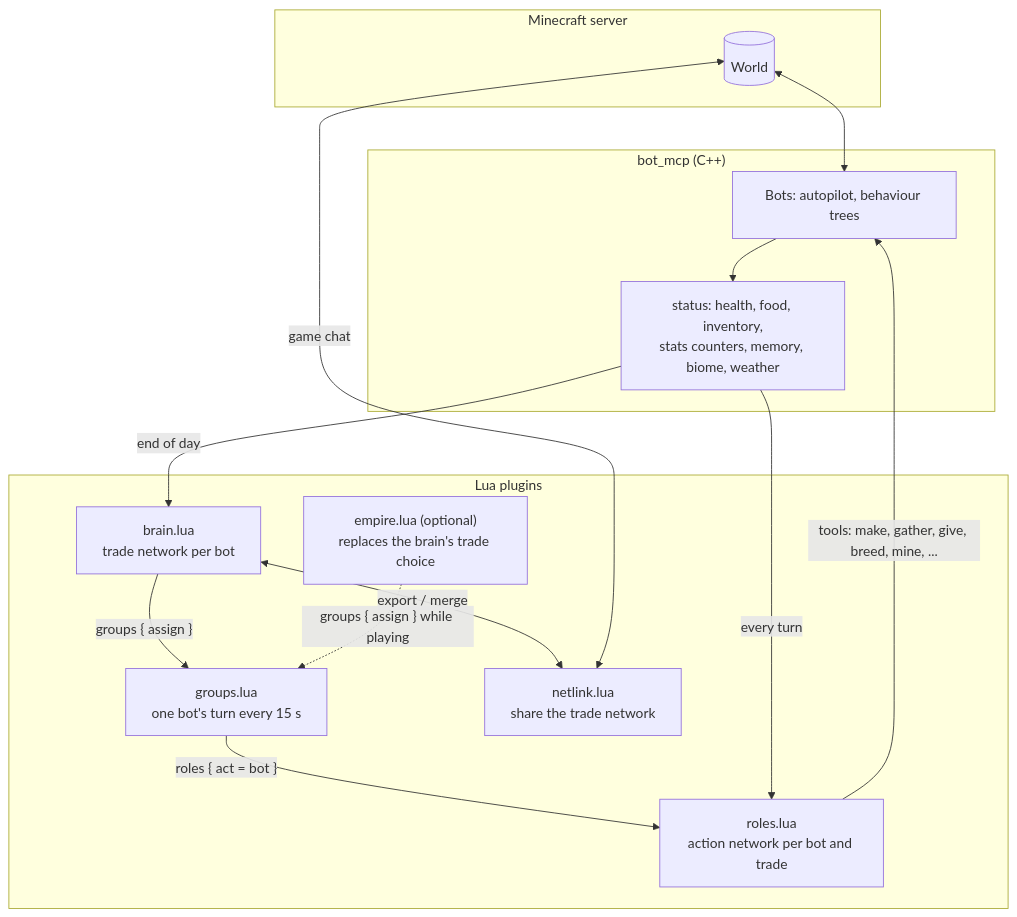
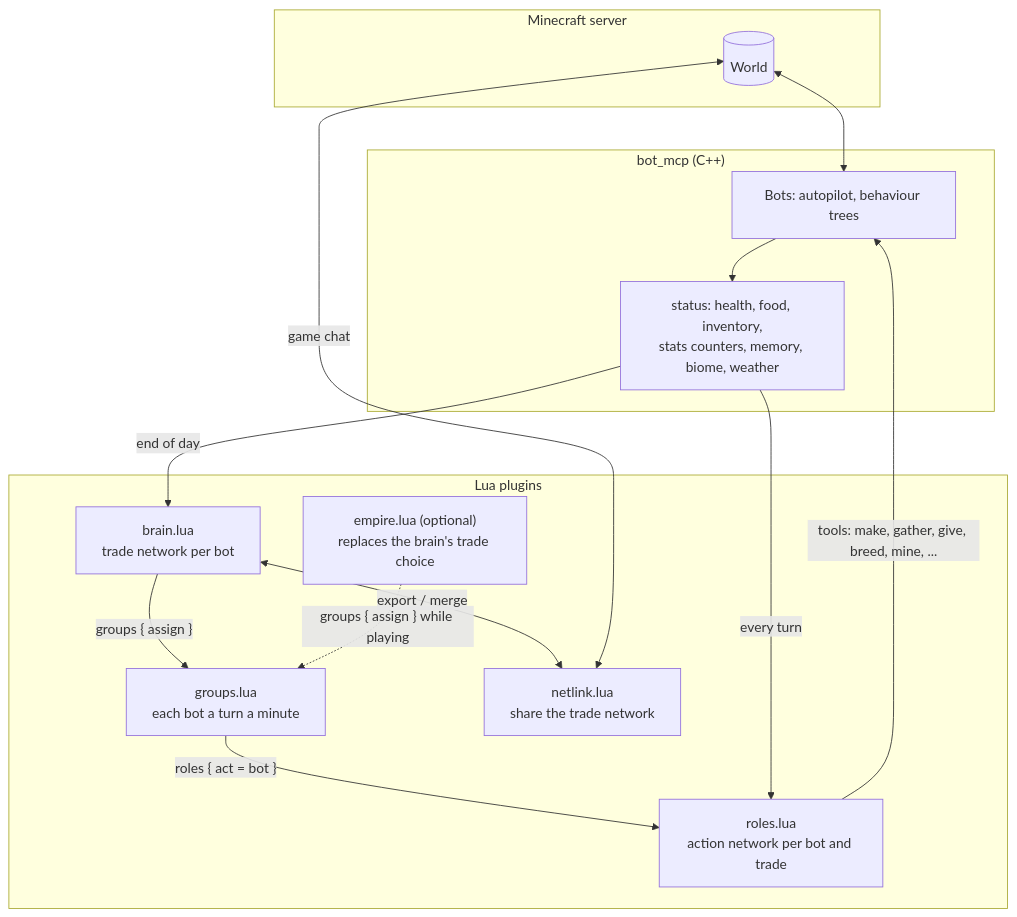
The first of 8 diagrams in docs/neural-network.md (jegarberi/botcraft-bots), drawn with Mermaid before and after one commit. The commit also changed other lines of this file and 4 other files, not shown here.

First line of the commit message:
Every bot's network decides its next action every minute, each turn on its own thread

````diff
--- a/docs/neural-network.md
+++ b/docs/neural-network.md
@@ -45,27 +45,27 @@
 ```mermaid
 flowchart TD
     subgraph Game["Minecraft server"]
         W[(World)]
     end
     subgraph Cpp["bot_mcp (C++)"]
         B[Bots: autopilot, behaviour trees]
         S["status: health, food, inventory,<br/>stats counters, memory, biome, weather"]
     end
     subgraph Lua["Lua plugins"]
         BR["brain.lua<br/>trade network per bot"]
-        GR["groups.lua<br/>one bot's turn every 15 s"]
+        GR["groups.lua<br/>each bot a turn a minute"]
         RO["roles.lua<br/>action network per bot and trade"]
         NL["netlink.lua<br/>share the trade network"]
         EM["empire.lua (optional)<br/>replaces the brain's trade choice"]
     end
     W <--> B
     B --> S
     S -->|end of day| BR
     BR -->|"groups { assign }"| GR
     EM -.->|"groups { assign } while playing"| GR
     GR -->|"roles { act = bot }"| RO
     S -->|every turn| RO
     RO -->|"tools: make, gather, give, breed, mine, ..."| B
     BR <-->|"export / merge"| NL
     NL <-->|game chat| W
 ```
````
